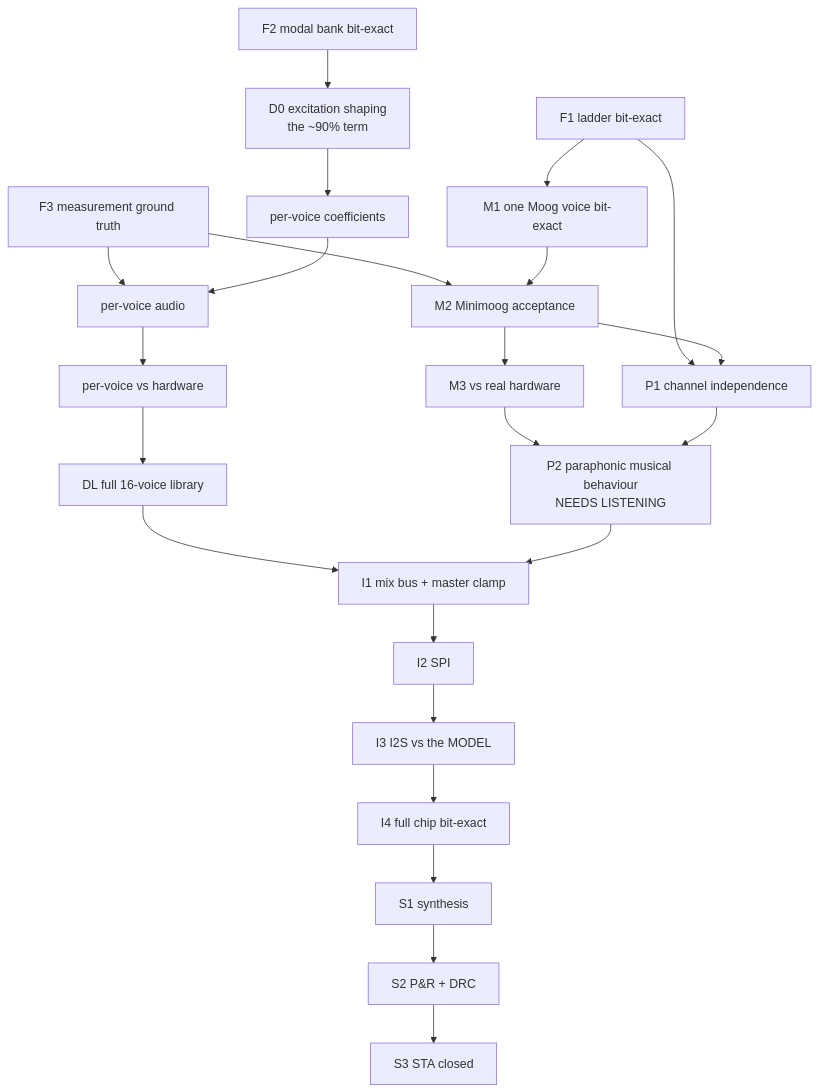
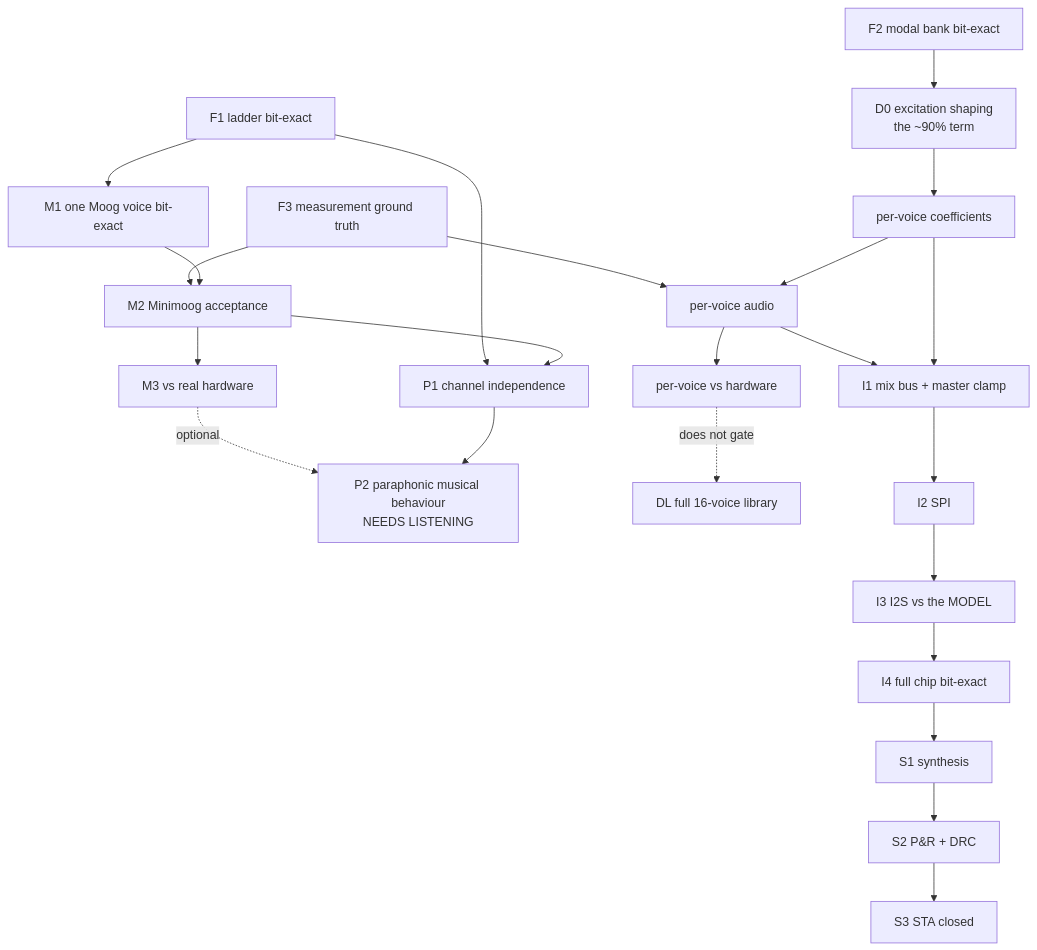
One commit to 2AMLogic/gf180-monosynth changed the diagram in docs/capability-dag.md. Above: the diagram before and after it, drawn with Mermaid. The commit also changed other lines of this file, not shown here.

First line of the commit message:
docs: integration is not gated on a Moog recording or on voices we have not built

````diff
--- a/docs/capability-dag.md
+++ b/docs/capability-dag.md
@@ -39,18 +39,18 @@
 ```mermaid
 graph TD
   F3[F3 measurement ground truth] --> M2 & DAUD[per-voice audio]
   F1[F1 ladder bit-exact] --> M1 & P1
   F2[F2 modal bank bit-exact] --> D0
   M1[M1 one Moog voice bit-exact] --> M2[M2 Minimoog acceptance]
   M2 --> M3[M3 vs real hardware]
   M2 --> P1[P1 channel independence]
-  M3 --> P2
+  M3 -.optional.-> P2
   P1 --> P2[P2 paraphonic musical behaviour<br/>NEEDS LISTENING]
   D0[D0 excitation shaping<br/>the ~90% term] --> DCOEF[per-voice coefficients]
   DCOEF --> DAUD --> DHW[per-voice vs hardware]
-  DHW --> DL[DL full 16-voice library]
-  DL --> I1
-  P2 --> I1[I1 mix bus + master clamp]
+  DHW -.does not gate.-> DL[DL full 16-voice library]
+  DAUD --> I1
+  DCOEF --> I1[I1 mix bus + master clamp]
   I1 --> I2[I2 SPI] --> I3[I3 I2S vs the MODEL] --> I4[I4 full chip bit-exact]
   I4 --> S1[S1 synthesis] --> S2[S2 P&R + DRC] --> S3[S3 STA closed]
 ```
````
